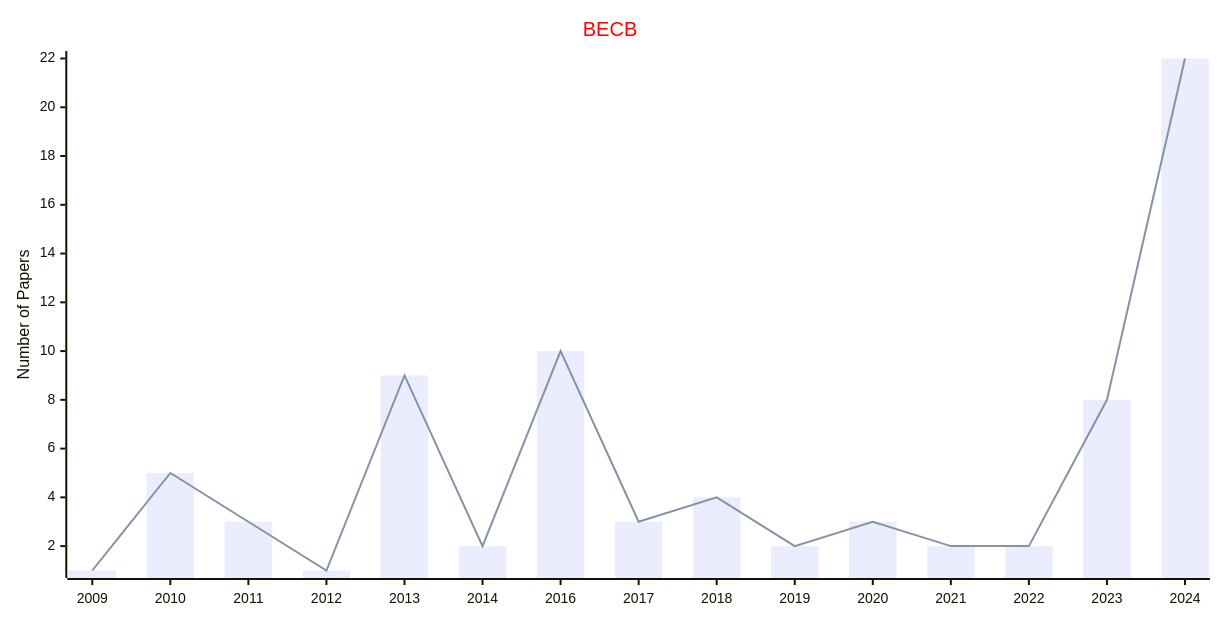
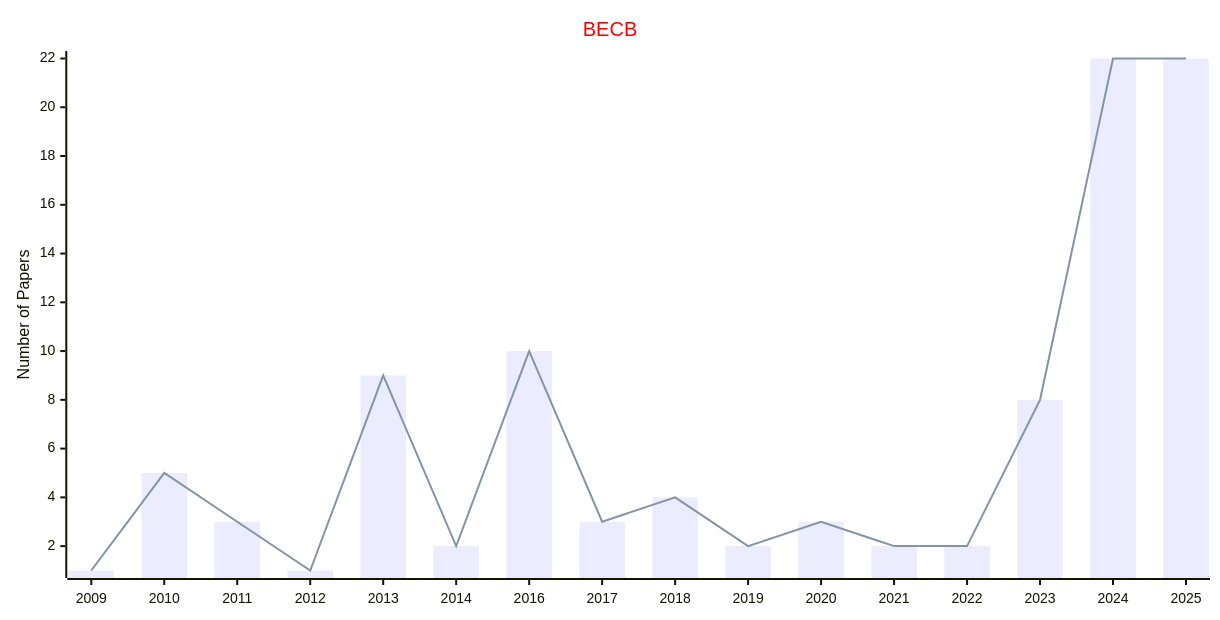
The diagram in docs/data/Journals/Statistics_Journals/Biomedical_Engineering.md (Easy-PhD/AILinks), drawn with Mermaid before and after one commit. The commit also changed 93 other files, not shown here.

````diff
--- a/docs/data/Journals/Statistics_Journals/Biomedical_Engineering.md
+++ b/docs/data/Journals/Statistics_Journals/Biomedical_Engineering.md
@@ -9,17 +9,17 @@
 ```mermaid
 ---
 config:
     xyChart:
         width: 1200
         height: 600
     themeVariables:
         xyChart:
             titleColor: "#ff0000"
 ---
 xychart-beta
     title "BECB"
-    x-axis [2009, 2010, 2011, 2012, 2013, 2014, 2016, 2017, 2018, 2019, 2020, 2021, 2022, 2023, 2024]
+    x-axis [2009, 2010, 2011, 2012, 2013, 2014, 2016, 2017, 2018, 2019, 2020, 2021, 2022, 2023, 2024, 2025]
     y-axis "Number of Papers"
-    bar [1, 5, 3, 1, 9, 2, 10, 3, 4, 2, 3, 2, 2, 8, 22]
-    line [1, 5, 3, 1, 9, 2, 10, 3, 4, 2, 3, 2, 2, 8, 22]
+    bar [1, 5, 3, 1, 9, 2, 10, 3, 4, 2, 3, 2, 2, 8, 22, 22]
+    line [1, 5, 3, 1, 9, 2, 10, 3, 4, 2, 3, 2, 2, 8, 22, 22]
 ```
````
